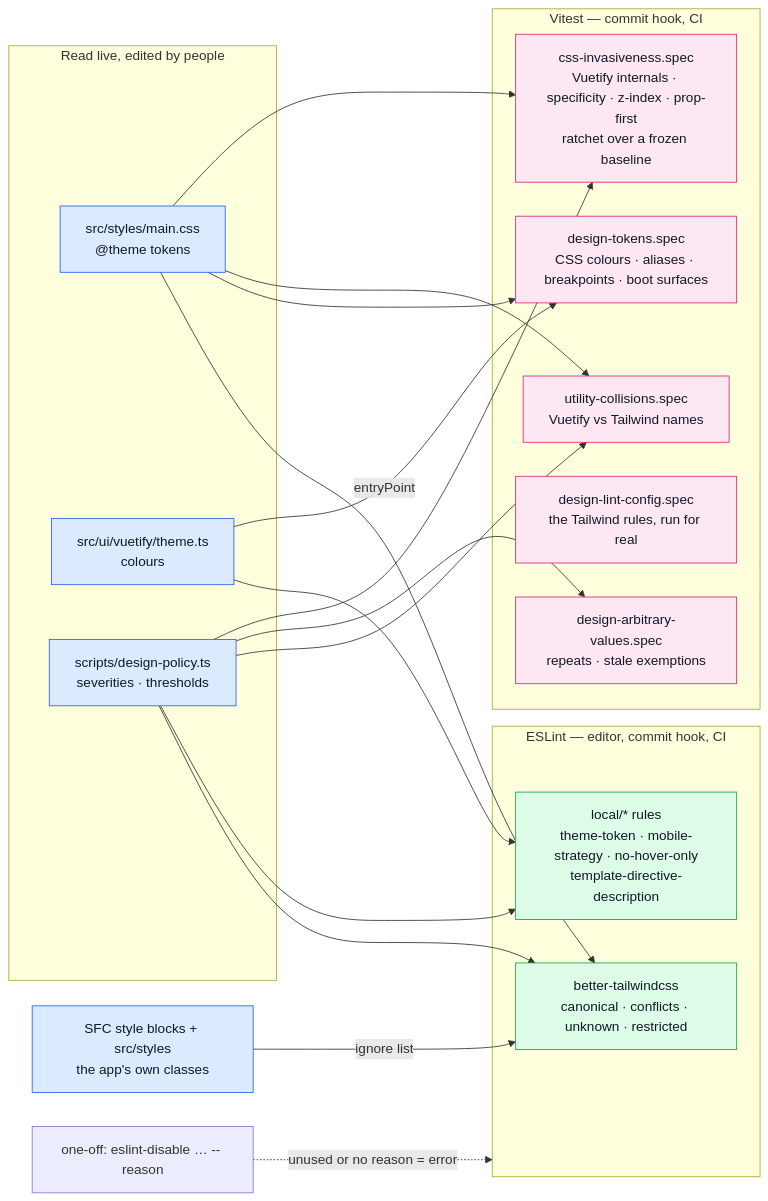
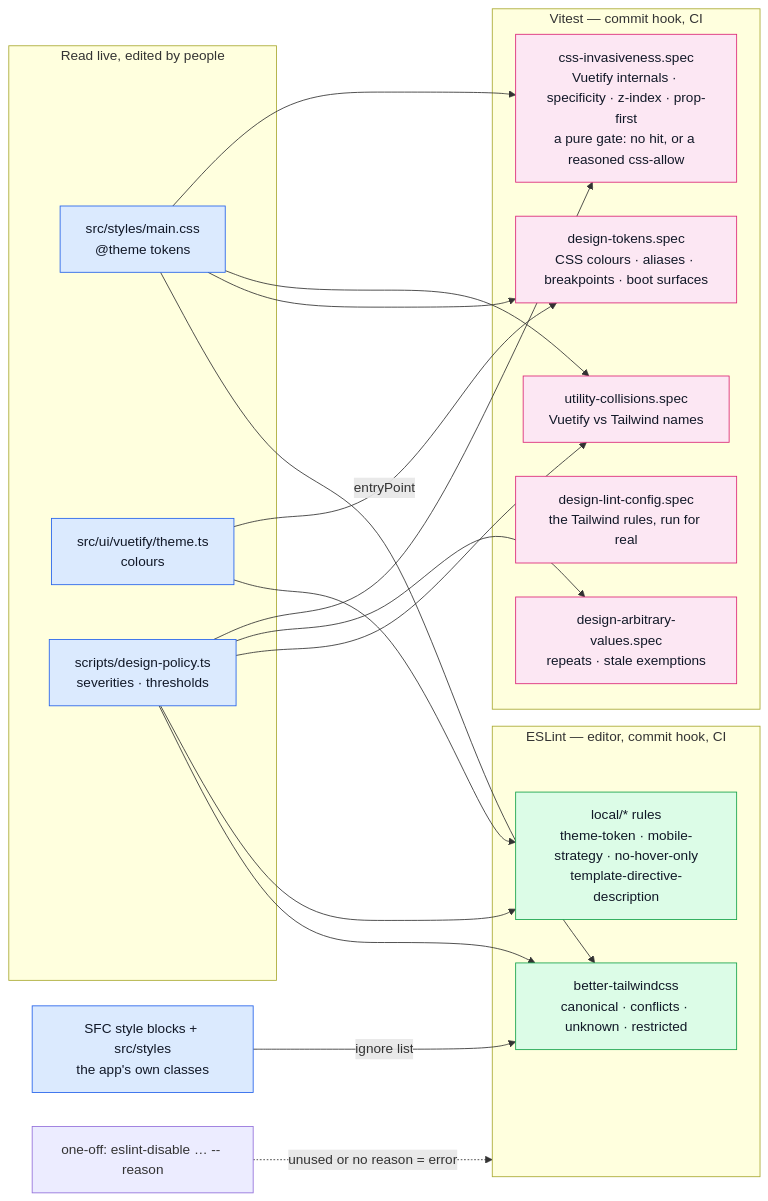
Before and after one commit to Guebbit/boilerplate-vue-frontend: the first of 2 diagrams in docs/tools/design-lint.md, drawn with Mermaid. The commit also changed other lines of this file and 9 other files, not shown here.

First line of the commit message:
refactor(design): the invasive-CSS spec is a pure gate; facet chips are x-large on touch

````diff
--- a/docs/tools/design-lint.md
+++ b/docs/tools/design-lint.md
@@ -9,43 +9,43 @@
 ```mermaid
 %%{init: {'flowchart': {'nodeSpacing': 40, 'rankSpacing': 55}}}%%
 flowchart LR
     subgraph Truth["Read live, edited by people"]
         CSS["src/styles/main.css<br/>@theme tokens"]
         Theme["src/ui/vuetify/theme.ts<br/>colours"]
         Policy["scripts/design-policy.ts<br/>severities · thresholds"]
     end
 
     subgraph Lint["ESLint — editor, commit hook, CI"]
         BTW["better-tailwindcss<br/>canonical · conflicts · unknown · restricted"]
         Local["local/* rules<br/>theme-token · mobile-strategy · no-hover-only<br/>template-directive-description"]
     end
 
     subgraph Specs["Vitest — commit hook, CI"]
         Tok["design-tokens.spec<br/>CSS colours · aliases · breakpoints · boot surfaces"]
         Col["utility-collisions.spec<br/>Vuetify vs Tailwind names"]
         Arb["design-arbitrary-values.spec<br/>repeats · stale exemptions"]
         Cfg["design-lint-config.spec<br/>the Tailwind rules, run for real"]
-        Inv["css-invasiveness.spec<br/>Vuetify internals · specificity · z-index · prop-first<br/>ratchet over a frozen baseline"]
+        Inv["css-invasiveness.spec<br/>Vuetify internals · specificity · z-index · prop-first<br/>a pure gate: no hit, or a reasoned css-allow"]
     end
 
     CSS -->|entryPoint| BTW
     CSS --> Tok
     CSS --> Col
     CSS --> Inv
     Styles["SFC style blocks + src/styles<br/>the app's own classes"] -->|ignore list| BTW
     Theme --> Local
     Theme --> Tok
     Policy --> BTW
     Policy --> Local
     Policy --> Col
     Policy --> Arb
     Policy --> Inv
     Hatch["one-off: eslint-disable … -- reason"] -.->|"unused or no reason = error"| Lint
 
     classDef src fill:#dbeafe,stroke:#2563eb,color:#111827;
     classDef lint fill:#dcfce7,stroke:#16a34a,color:#111827;
     classDef spec fill:#fce7f3,stroke:#db2777,color:#111827;
     class CSS,Theme,Policy,Styles src;
     class BTW,Local lint;
     class Tok,Col,Arb,Cfg,Inv spec;
 ```
````
